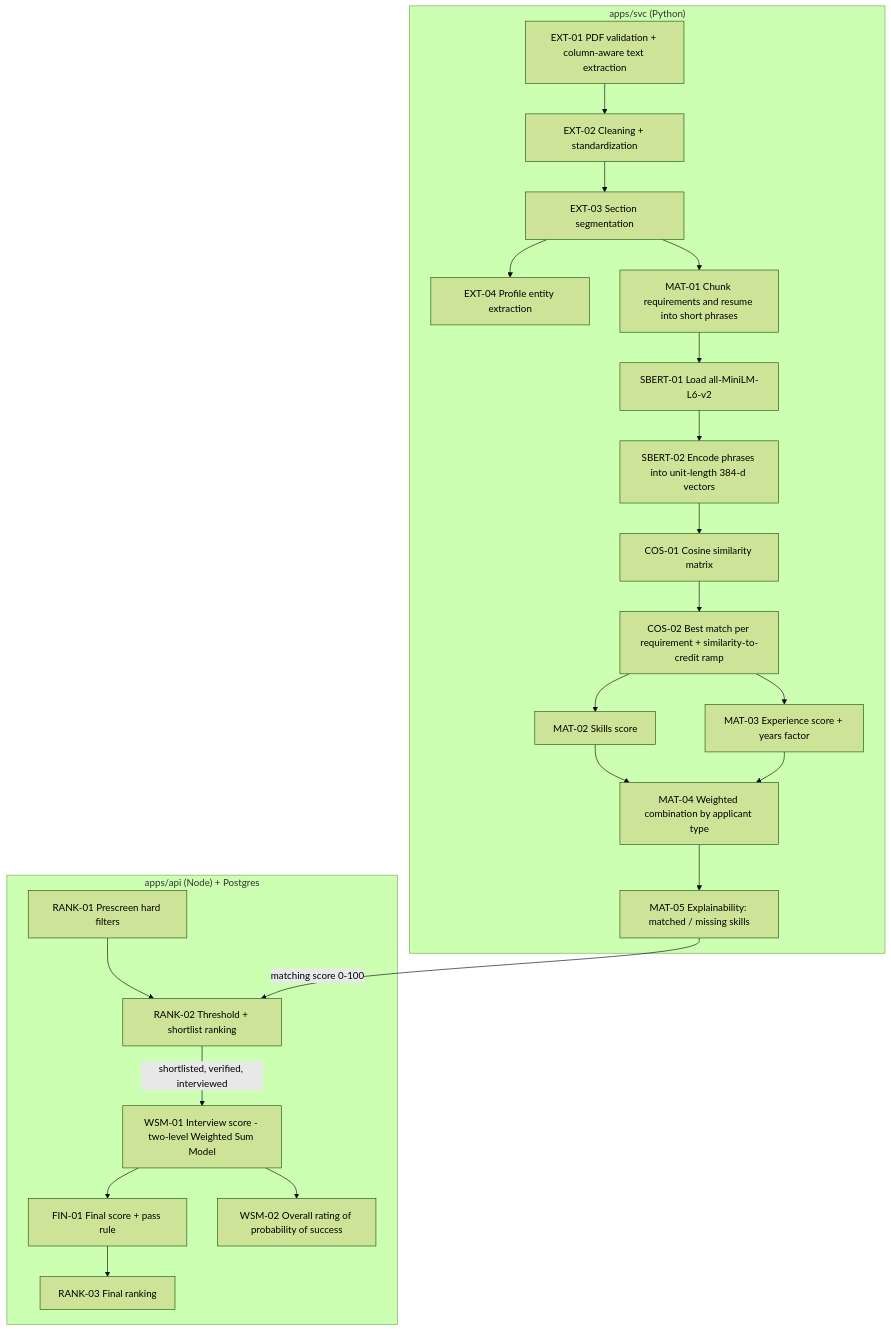
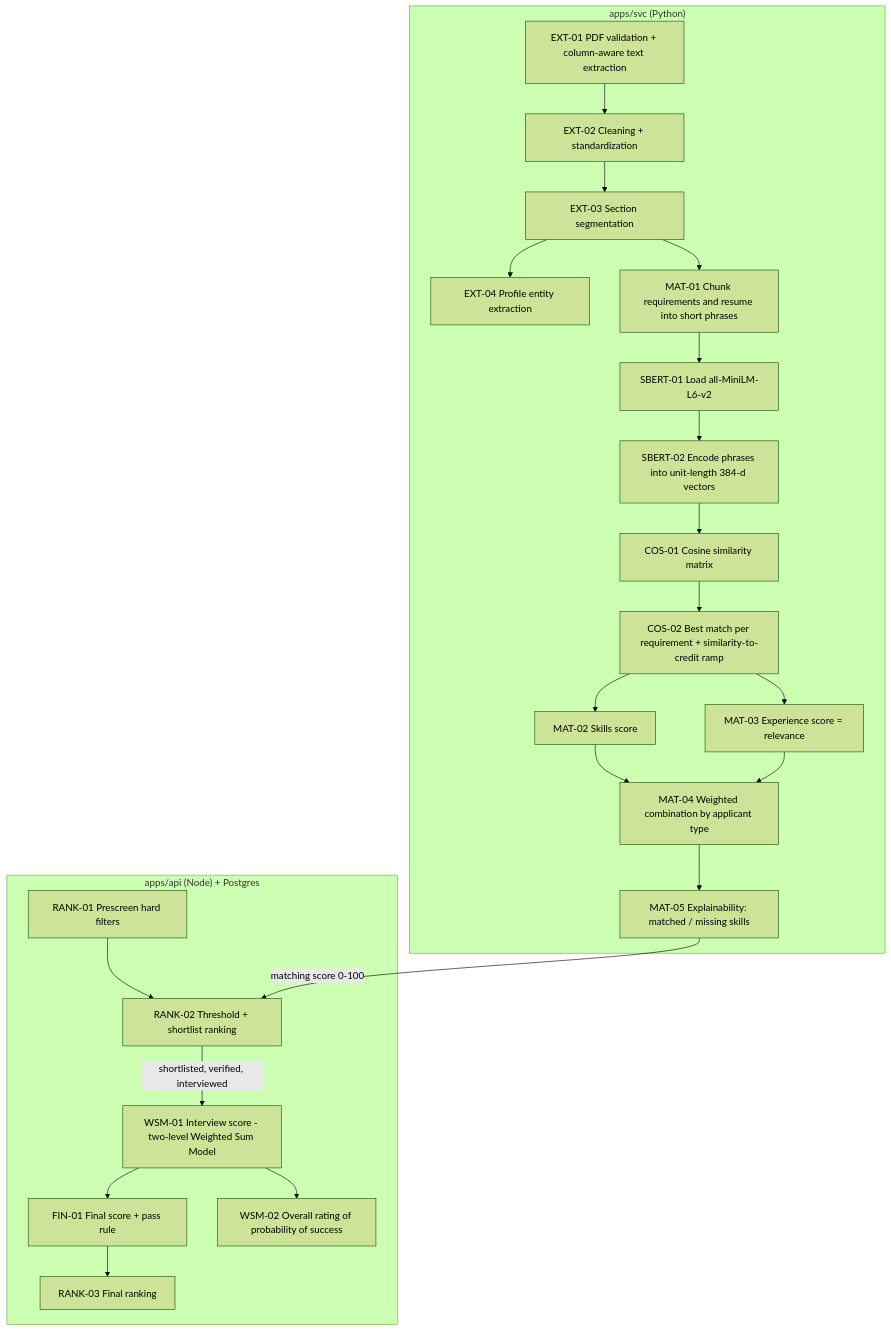
The diagram in docs/ALGORITHM.md (Aenyxxx/VERA), drawn with Mermaid (forest theme) before and after one commit. The commit also changed other lines of this file and 49 other files, not shown here.

````diff
--- a/docs/ALGORITHM.md
+++ b/docs/ALGORITHM.md
@@ -11,26 +11,26 @@
 ```mermaid
 flowchart TD
   subgraph SVC["apps/svc (Python)"]
     A[EXT-01 PDF validation + column-aware text extraction] --> B[EXT-02 Cleaning + standardization]
     B --> C[EXT-03 Section segmentation]
     C --> D[EXT-04 Profile entity extraction]
     C --> E[MAT-01 Chunk requirements and resume into short phrases]
     E --> F[SBERT-01 Load all-MiniLM-L6-v2]
     F --> G[SBERT-02 Encode phrases into unit-length 384-d vectors]
     G --> H[COS-01 Cosine similarity matrix]
     H --> I[COS-02 Best match per requirement + similarity-to-credit ramp]
     I --> J[MAT-02 Skills score]
-    I --> K[MAT-03 Experience score + years factor]
+    I --> K[MAT-03 Experience score = relevance]
     J --> L[MAT-04 Weighted combination by applicant type]
     K --> L
     L --> M[MAT-05 Explainability: matched / missing skills]
   end
   subgraph API["apps/api (Node) + Postgres"]
     N[RANK-01 Prescreen hard filters] --> O[RANK-02 Threshold + shortlist ranking]
     P[WSM-01 Interview score - two-level Weighted Sum Model] --> Q[FIN-01 Final score + pass rule]
     P --> P2[WSM-02 Overall rating of probability of success]
     Q --> R[RANK-03 Final ranking]
   end
   M -->|matching score 0-100| O
   O -->|shortlisted, verified, interviewed| P
 ```
````
